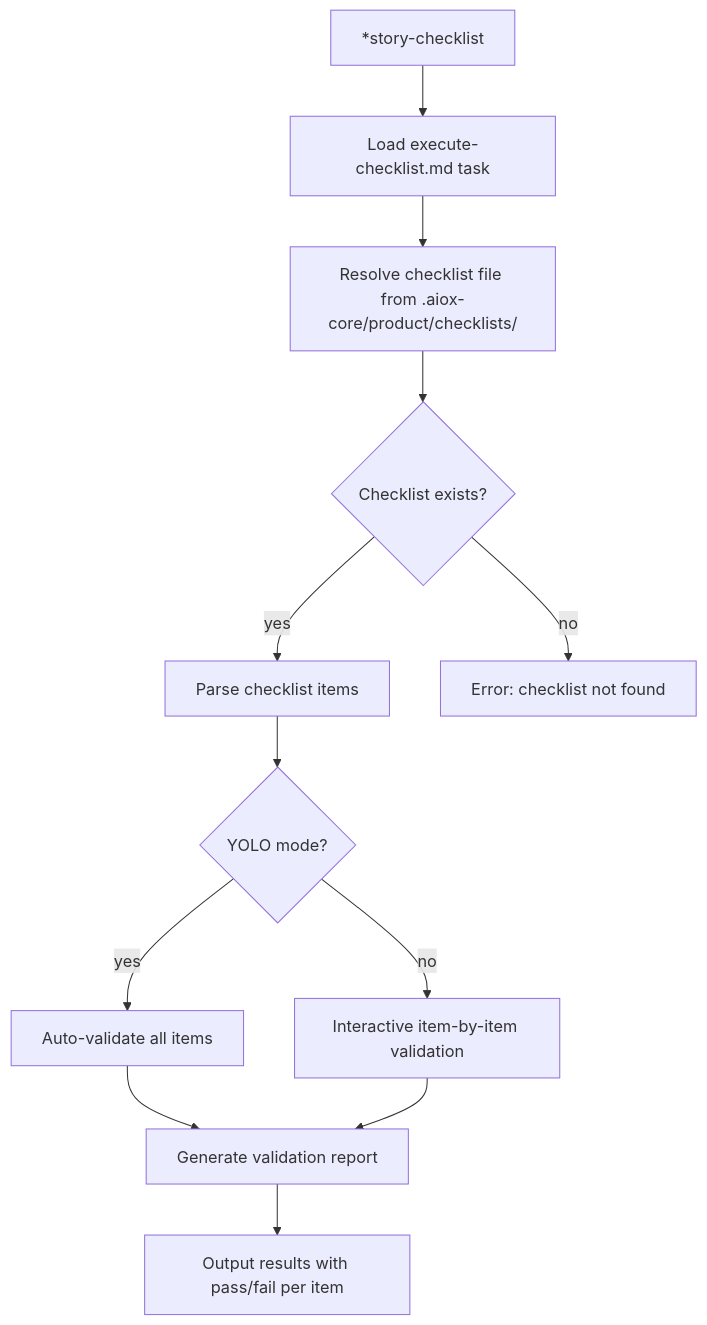
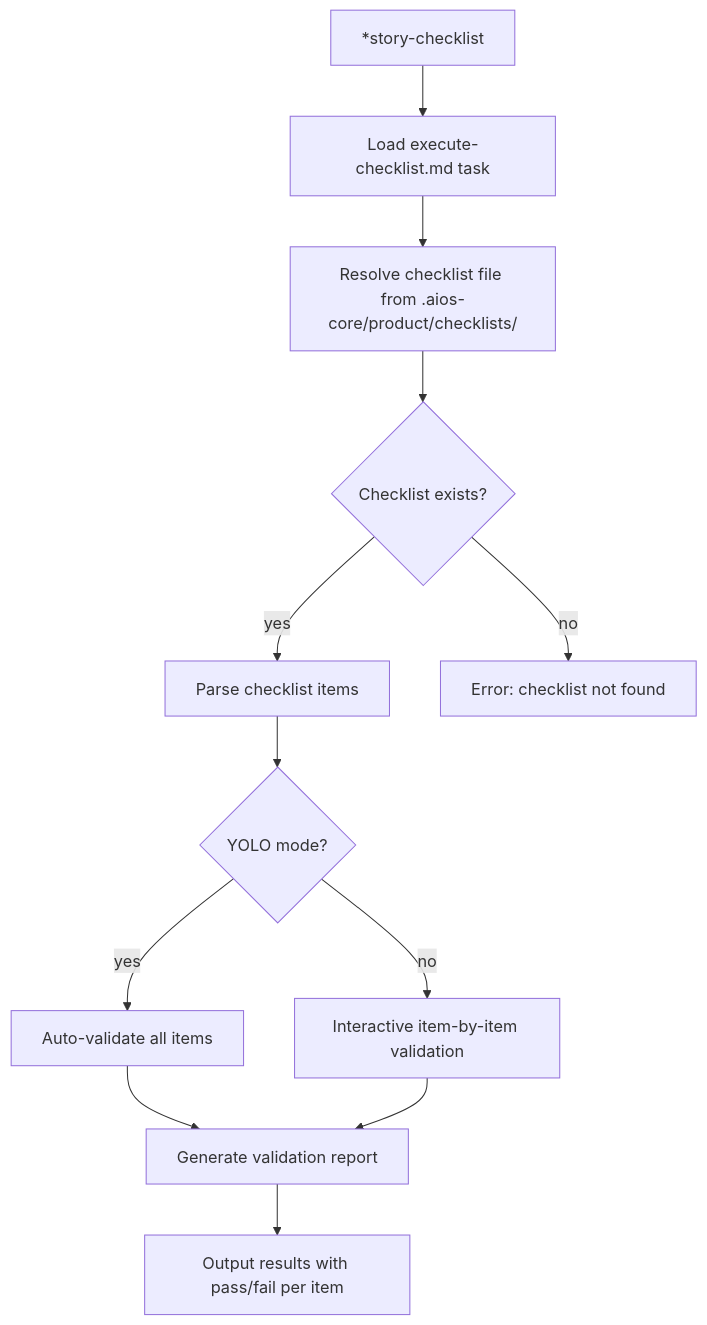
One commit to SynkraAI/aiox-core changed the third of 6 diagrams in docs/guides/agents/traces/sm-execution-trace.md. Above: the diagram before and after it, drawn with Mermaid. The commit also changed other lines of this file and 36 other files, not shown here.

````diff
--- a/docs/guides/agents/traces/sm-execution-trace.md
+++ b/docs/guides/agents/traces/sm-execution-trace.md
@@ -170,14 +170,14 @@
 ```mermaid
 flowchart TD
     A["*story-checklist"] --> B[Load execute-checklist.md task]
-    B --> C[Resolve checklist file from .aiox-core/product/checklists/]
+    B --> C[Resolve checklist file from .aios-core/product/checklists/]
     C --> D{Checklist exists?}
     D -->|yes| E[Parse checklist items]
     D -->|no| F[Error: checklist not found]
     E --> G{YOLO mode?}
     G -->|yes| H[Auto-validate all items]
     G -->|no| I[Interactive item-by-item validation]
     H --> J[Generate validation report]
     I --> J
     J --> K[Output results with pass/fail per item]
 ```
````
